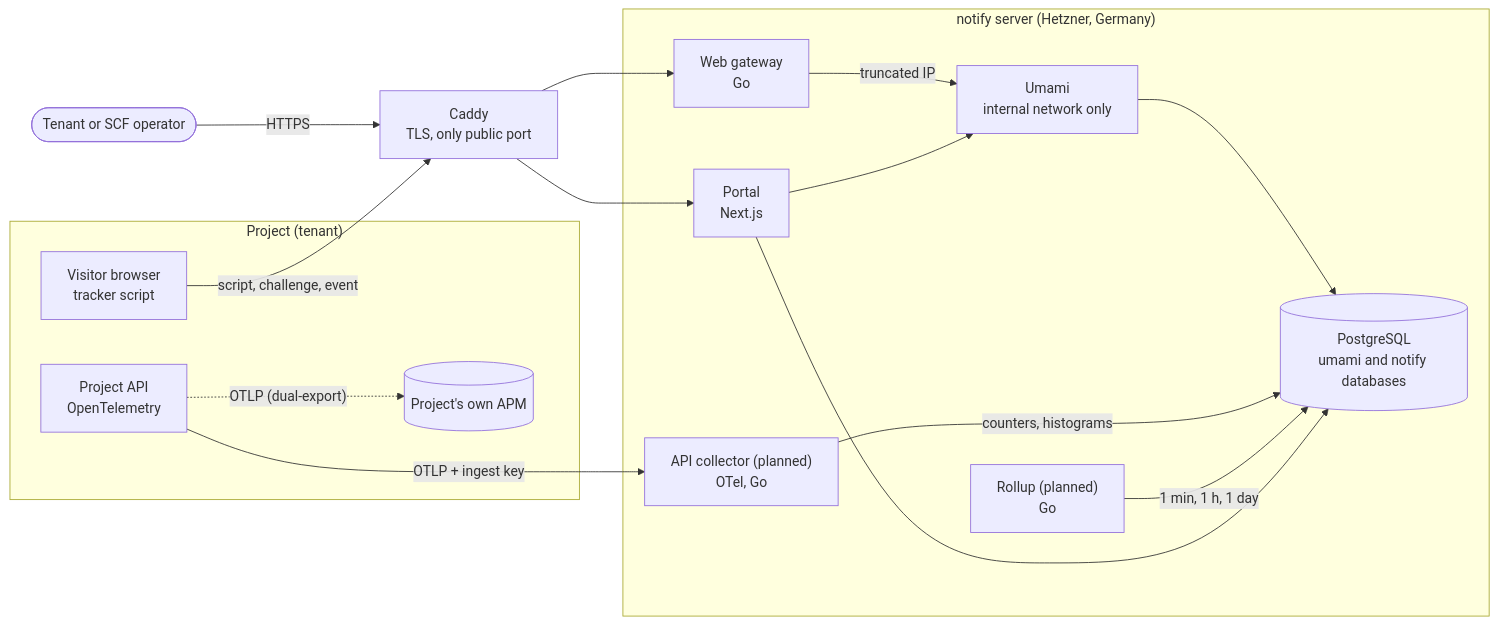
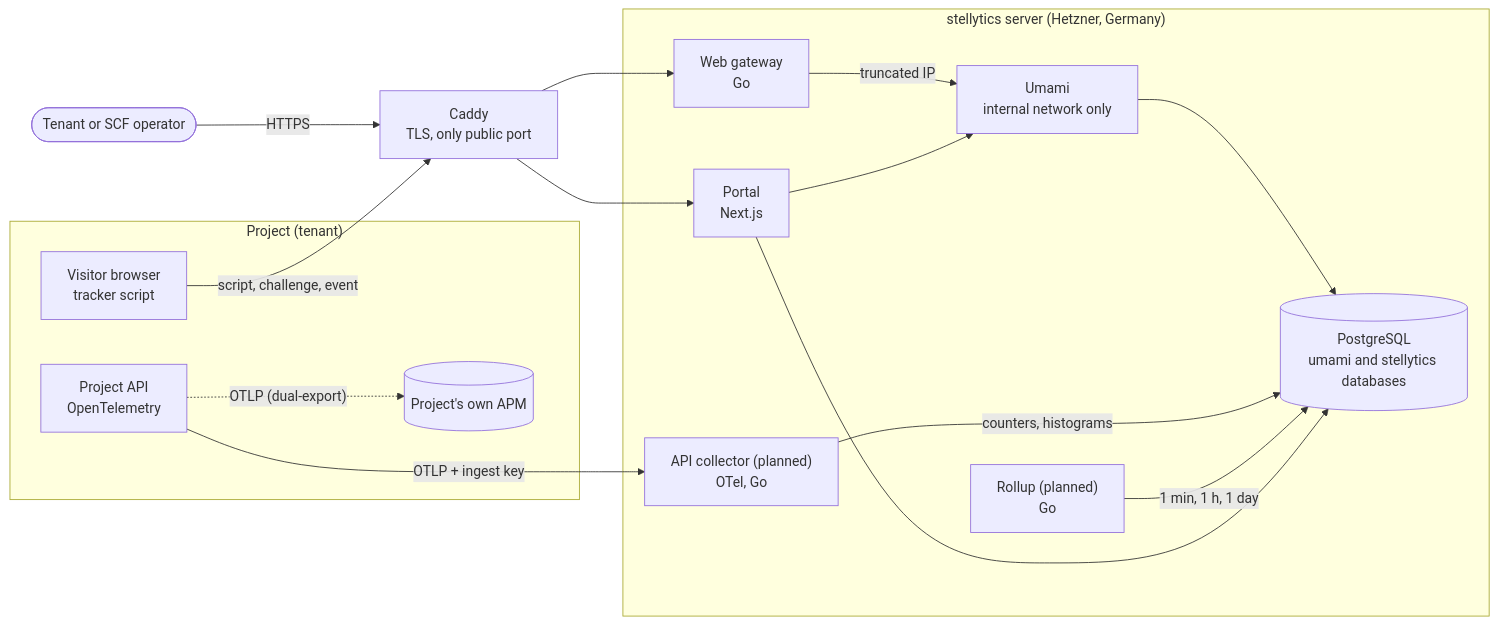
One commit to manucadev81/stellytics changed the diagram in docs/proposta/proposal.md. Above: the diagram before and after it, drawn with Mermaid. The commit also changed other lines of this file and 139 other files, not shown here.

First line of the commit message:
docs: rename notify to stellytics across the repository

````diff
--- a/docs/proposta/proposal.md
+++ b/docs/proposta/proposal.md
@@ -54,30 +54,30 @@
 ```mermaid
 flowchart LR
   subgraph tenant["Project (tenant)"]
     nav["Visitor browser<br/>tracker script"]
     api["Project API<br/>OpenTelemetry"]
     apm[("Project's own APM")]
   end
   person(["Tenant or SCF operator"])
   caddy["Caddy<br/>TLS, only public port"]
-  subgraph vm["notify server (Hetzner, Germany)"]
+  subgraph vm["stellytics server (Hetzner, Germany)"]
     portal["Portal<br/>Next.js"]
     gw["Web gateway<br/>Go"]
     umami["Umami<br/>internal network only"]
     col["API collector (planned)<br/>OTel, Go"]
     roll["Rollup (planned)<br/>Go"]
-    pg[("PostgreSQL<br/>umami and notify databases")]
+    pg[("PostgreSQL<br/>umami and stellytics databases")]
   end
   nav -->|"script, challenge, event"| caddy
   api -->|"OTLP + ingest key"| col
   api -.->|"OTLP (dual-export)"| apm
   person -->|HTTPS| caddy
   caddy --> gw
   caddy --> portal
   gw -->|"truncated IP"| umami
   umami --> pg
   col -->|"counters, histograms"| pg
   roll -->|"1 min, 1 h, 1 day"| pg
   portal --> umami
   portal --> pg
 ```
````
